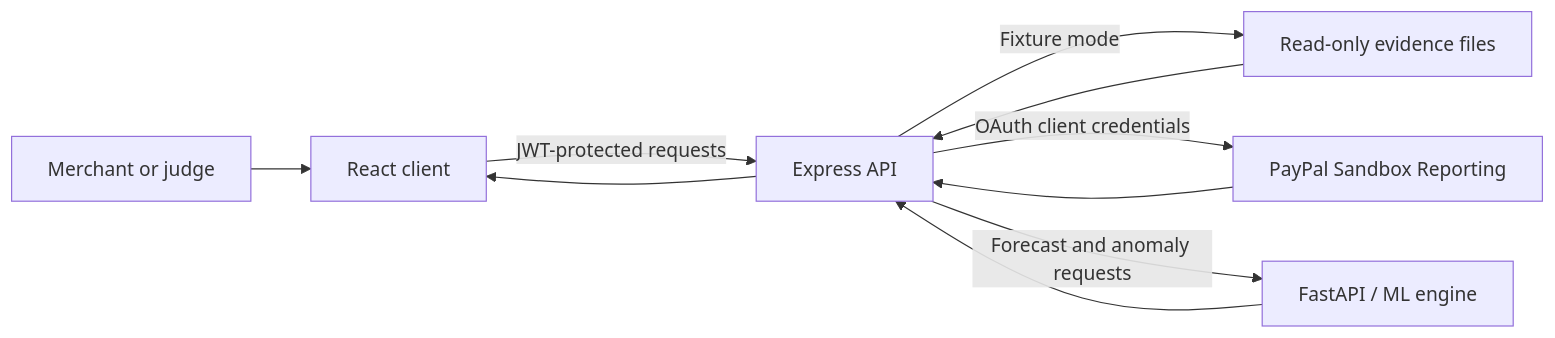
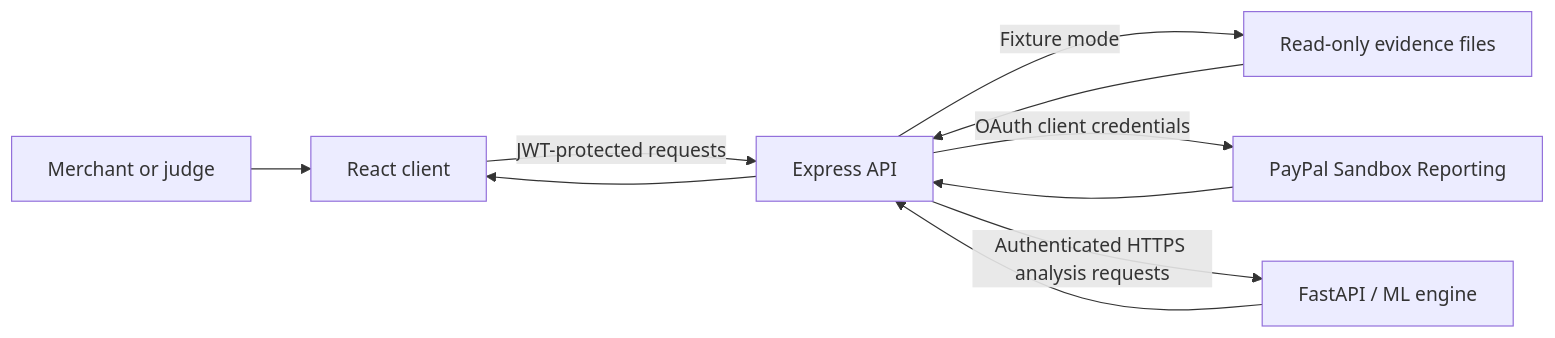
Before and after one commit to sanju-zxt/ledgerlens-pro: the diagram in docs/ARCHITECTURE.md, drawn with Mermaid. The commit also changed other lines of this file and 5 other files, not shown here.

````diff
--- a/docs/ARCHITECTURE.md
+++ b/docs/ARCHITECTURE.md
@@ -15,12 +15,12 @@
 ```mermaid
 flowchart LR
   U[Merchant or judge] --> C[React client]
   C -->|JWT-protected requests| A[Express API]
   A -->|Fixture mode| E[Read-only evidence files]
   A -->|OAuth client credentials| P[PayPal Sandbox Reporting]
-  A -->|Forecast and anomaly requests| M[FastAPI / ML engine]
+  A -->|Authenticated HTTPS analysis requests| M[FastAPI / ML engine]
   E --> A
   P --> A
   M --> A
   A --> C
 ```
````
